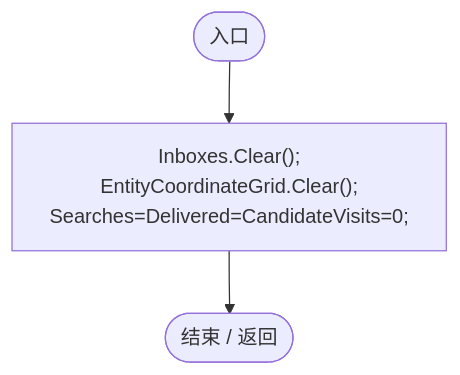
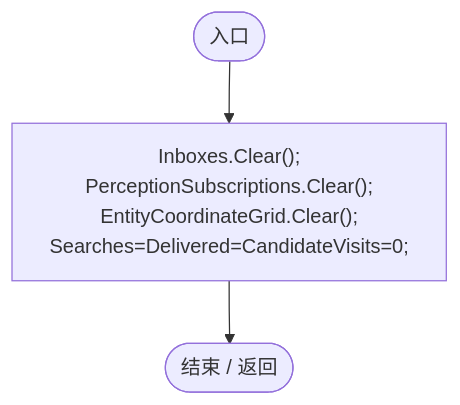
One commit to xhs6666/Darwin_paradise changed diagram 16 of 17 in Docs/运行流程图/脚本/aeecc36cb2c3cc24.md. Above: the diagram before and after it, drawn with Mermaid. The commit also changed other lines of this file and 233 other files, not shown here.

````diff
--- a/Docs/运行流程图/脚本/aeecc36cb2c3cc24.md
+++ b/Docs/运行流程图/脚本/aeecc36cb2c3cc24.md
@@ -561,9 +583,9 @@
 ```mermaid
 flowchart TD
   b0(["入口"])
-  b1["Inboxes.Clear();<br/>EntityCoordinateGrid.Clear();<br/>Searches=Delivered=CandidateVisits=0;"]
+  b1["Inboxes.Clear();<br/>PerceptionSubscriptions.Clear();<br/>EntityCoordinateGrid.Clear();<br/>Searches=Delivered=CandidateVisits=0;"]
   b2(["结束 / 返回"])
   b0 --> b1
   b1 --> b2
 
 ```
````
